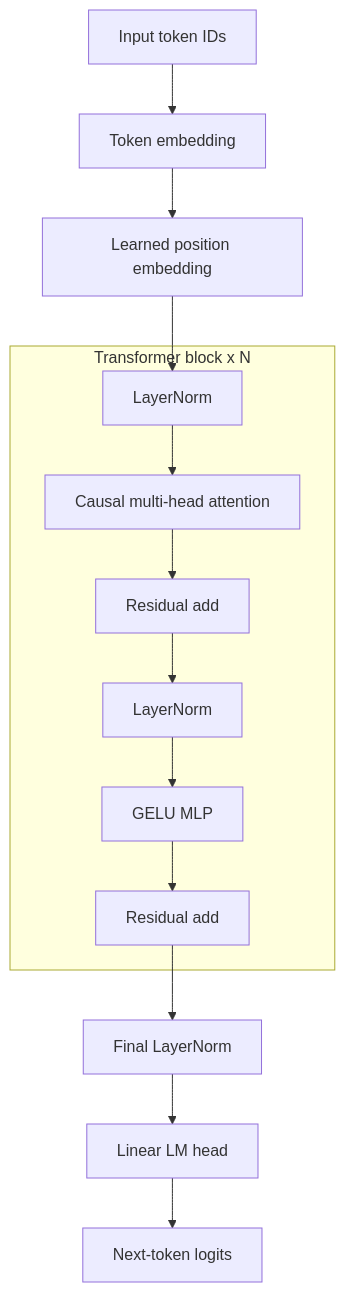
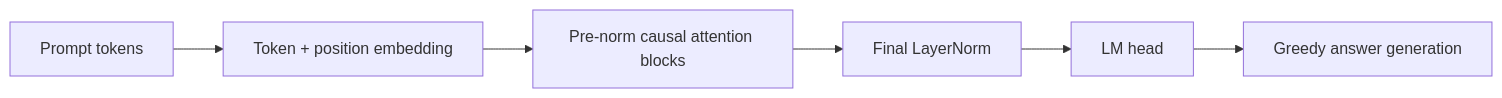
The diagram in README.md (vishalvinjamuri27/CarryBench), drawn with Mermaid before and after one commit. The commit also changed other lines of this file and 30 other files, not shown here.

````diff
--- a/README.md
+++ b/README.md
@@ -47,17 +96,8 @@
 ```mermaid
-flowchart TD
-    A["Input token IDs"] --> B["Token embedding"]
-    B --> C["Learned position embedding"]
-    C --> D1
-    D6 --> E["Final LayerNorm"]
-    E --> F["Linear LM head"]
-    F --> G["Next-token logits"]
-
-    subgraph Block["Transformer block x N"]
-        D1["LayerNorm"] --> D2["Causal multi-head attention"]
-        D2 --> D3["Residual add"]
-        D3 --> D4["LayerNorm"]
-        D4 --> D5["GELU MLP"]
-        D5 --> D6["Residual add"]
-    end
+flowchart LR
+    A[Prompt tokens] --> B[Token + position embedding]
+    B --> C[Pre-norm causal attention blocks]
+    C --> D[Final LayerNorm]
+    D --> E[LM head]
+    E --> F[Greedy answer generation]
 ```
````
